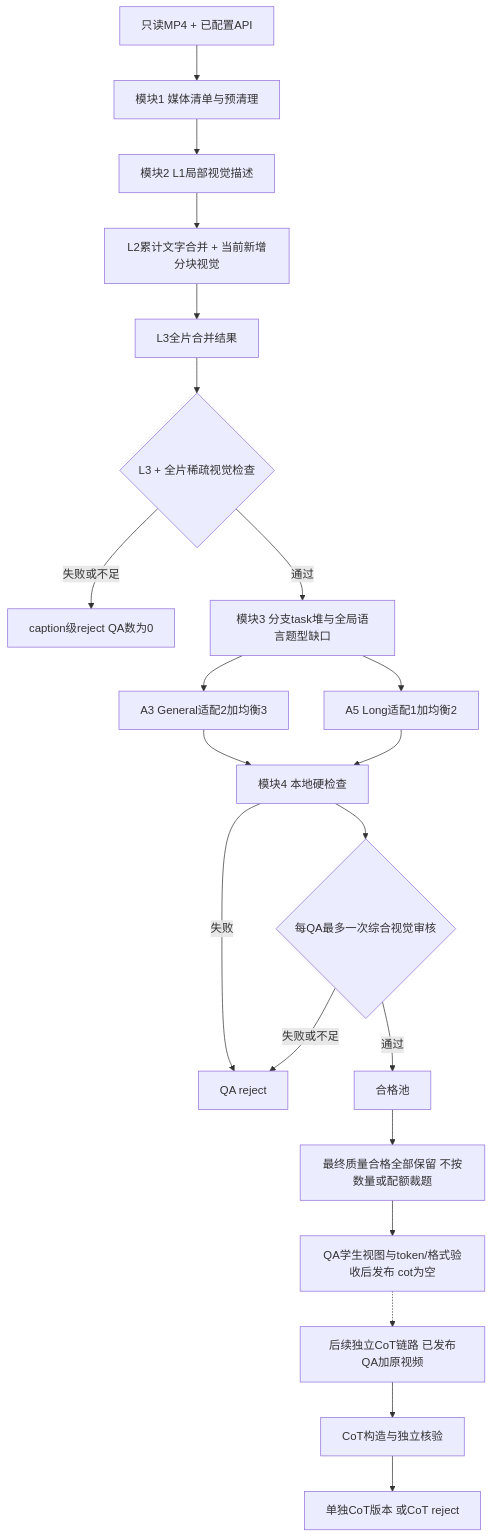
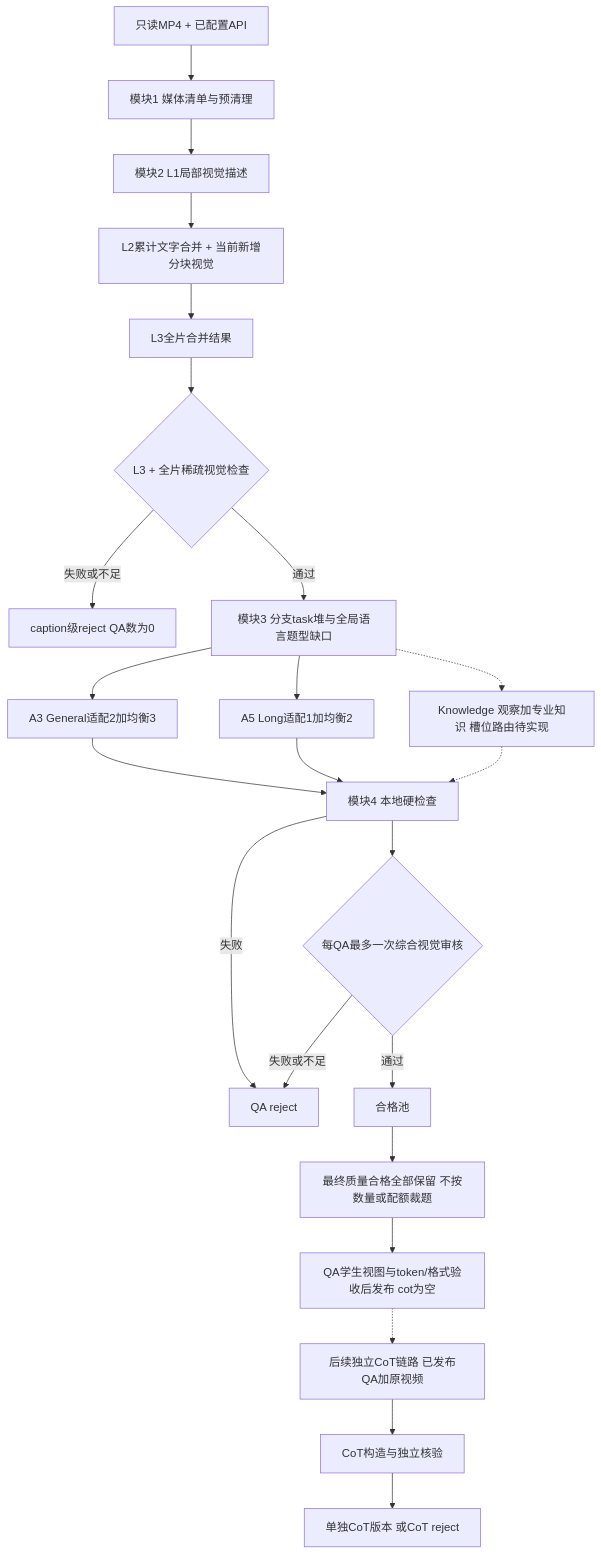
One commit to Tiachi/video-sft-builder changed the diagram in docs/video_sft_four_module_project_outline_2026-10-20.md. Above: the diagram before and after it, drawn with Mermaid. The commit also changed other lines of this file and 10 other files, not shown here.

````diff
--- a/docs/video_sft_four_module_project_outline_2026-10-20.md
+++ b/docs/video_sft_four_module_project_outline_2026-10-20.md
@@ -63,23 +66,25 @@
 ```mermaid
 flowchart TD
   I[只读MP4 + 已配置API] --> M1[模块1 媒体清单与预清理]
   M1 --> L1[模块2 L1局部视觉描述]
   L1 --> L2[L2累计文字合并 + 当前新增分块视觉]
   L2 --> L3[L3全片合并结果]
   L3 --> CG{L3 + 全片稀疏视觉检查}
   CG -->|失败或不足| CR[caption级reject QA数为0]
   CG -->|通过| ROUTE[模块3 分支task堆与全局语言题型缺口]
   ROUTE --> G[A3 General适配2加均衡3]
   ROUTE --> L[A5 Long适配1加均衡2]
+  ROUTE -.-> K[Knowledge 观察加专业知识 槽位路由待实现]
   G --> LOCAL[模块4 本地硬检查]
   L --> LOCAL
+  K -.-> LOCAL
   LOCAL --> A7{每QA最多一次综合视觉审核}
   LOCAL -->|失败| QR[QA reject]
   A7 -->|失败或不足| QR
   A7 -->|通过| POOL[合格池]
   POOL --> ALL[最终质量合格全部保留 不按数量或配额裁题]
   ALL --> REL[QA学生视图与token/格式验收后发布 cot为空]
   REL -.-> CI[后续独立CoT链路 已发布QA加原视频]
   CI --> CV[CoT构造与独立核验]
   CV --> CO[单独CoT版本 或CoT reject]
 ```
````
